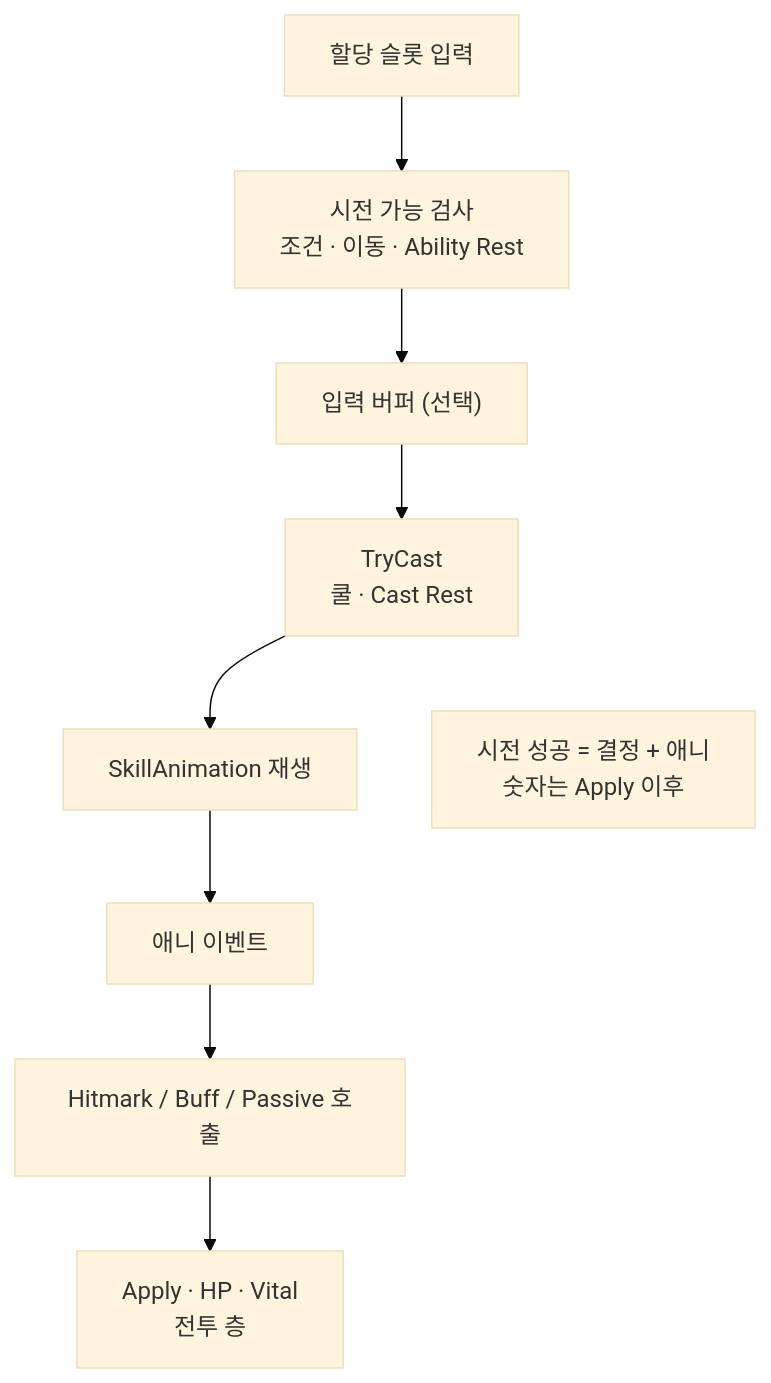
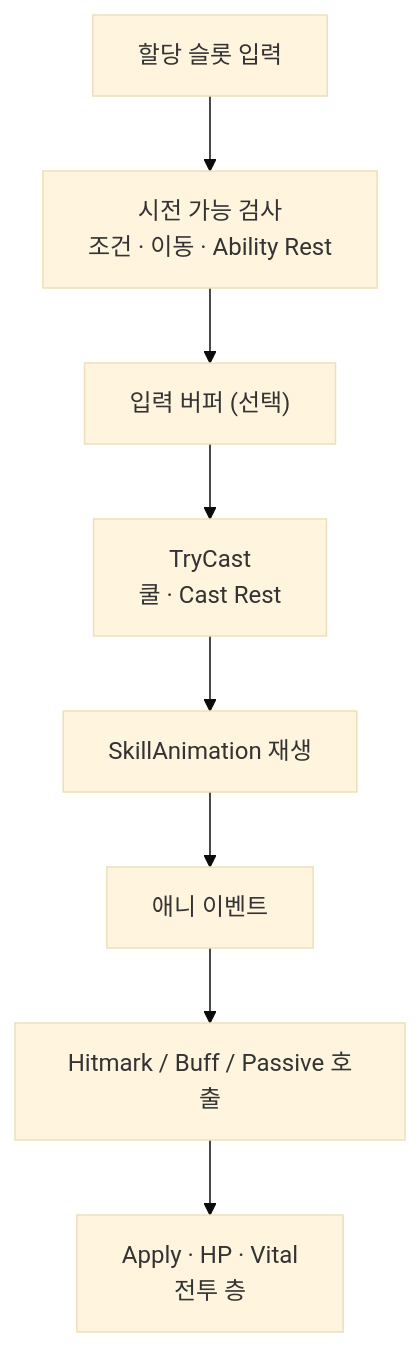
The diagram in notes/dragon-skill-cast.md (monet5379/monet5379.github.io), drawn with Mermaid (base theme) before and after one commit. The commit also changed other lines of this file and 24 other files, not shown here.

Commit message:
콘텐츠(notes): project 목록 FM과 복수 증명·Mermaid·회고 슬롯을 맞춥니다.

````diff
--- a/notes/dragon-skill-cast.md
+++ b/notes/dragon-skill-cast.md
@@ -56,13 +57,10 @@
 ```mermaid
 flowchart TD
   IN["할당 슬롯 입력"] --> AUTH["시전 가능 검사<br/>조건 · 이동 · Ability Rest"]
   AUTH --> BUF["입력 버퍼 (선택)"]
   BUF --> CAST["TryCast<br/>쿨 · Cast Rest"]
   CAST --> ANIM["SkillAnimation 재생"]
   ANIM --> EV["애니 이벤트"]
   EV --> OUT["Hitmark / Buff / Passive 호출"]
   OUT --> COMBAT["Apply · HP · Vital<br/>전투 층"]
-
-  NOTE["시전 성공 = 결정 + 애니<br/>숫자는 Apply 이후"]
-  CAST ~~~ NOTE
 ```
````
